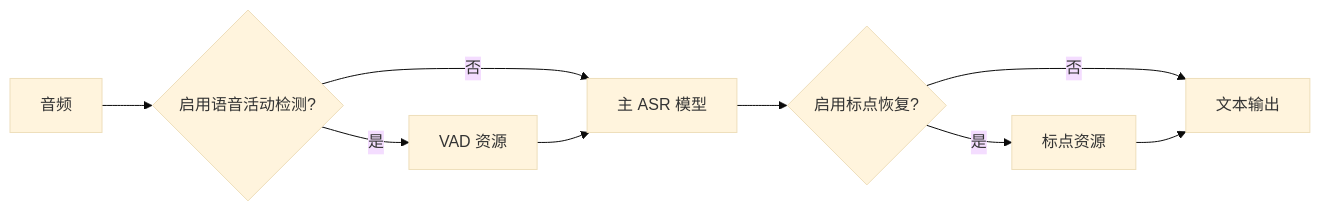
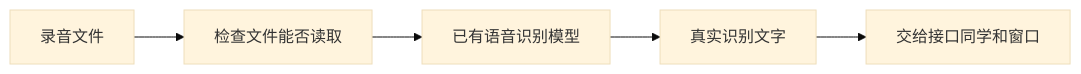
One commit to dreamcather726/ai-interaction-ui changed the diagram in docs/知识点/第二周/AI 端侧工程师｜第二周专业知识自学清单.md. Above: the diagram before and after it, drawn with Mermaid (base theme). The commit also changed other lines of this file and 11 other files, not shown here.

````diff
--- a/docs/知识点/第二周/AI 端侧工程师｜第二周专业知识自学清单.md
+++ b/docs/知识点/第二周/AI 端侧工程师｜第二周专业知识自学清单.md
@@ -67,11 +9,7 @@
 ```mermaid
 flowchart LR
-    A[音频] --> B{启用语音活动检测?}
-    B -->|是| C[VAD 资源]
-    B -->|否| D[主 ASR 模型]
-    C --> D
-    D --> E{启用标点恢复?}
-    E -->|是| F[标点资源]
-    E -->|否| G[文本输出]
-    F --> G
+    A[录音文件] --> B[检查文件能否读取]
+    B --> C[已有语音识别模型]
+    C --> D[真实识别文字]
+    D --> E[交给接口同学和窗口]
 ```
````
